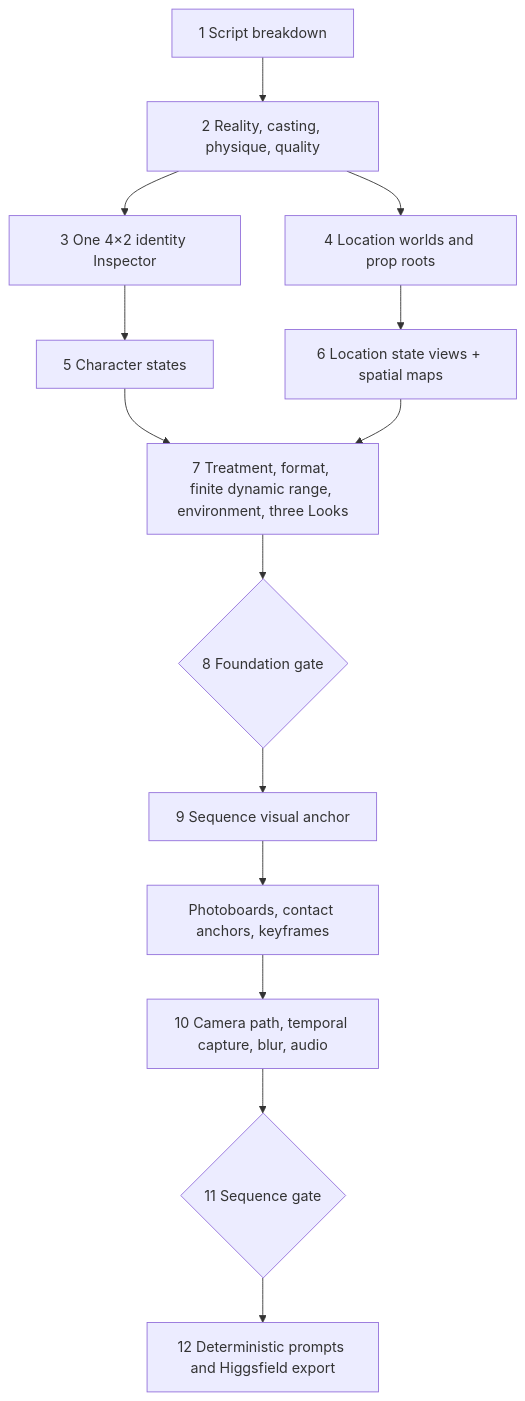
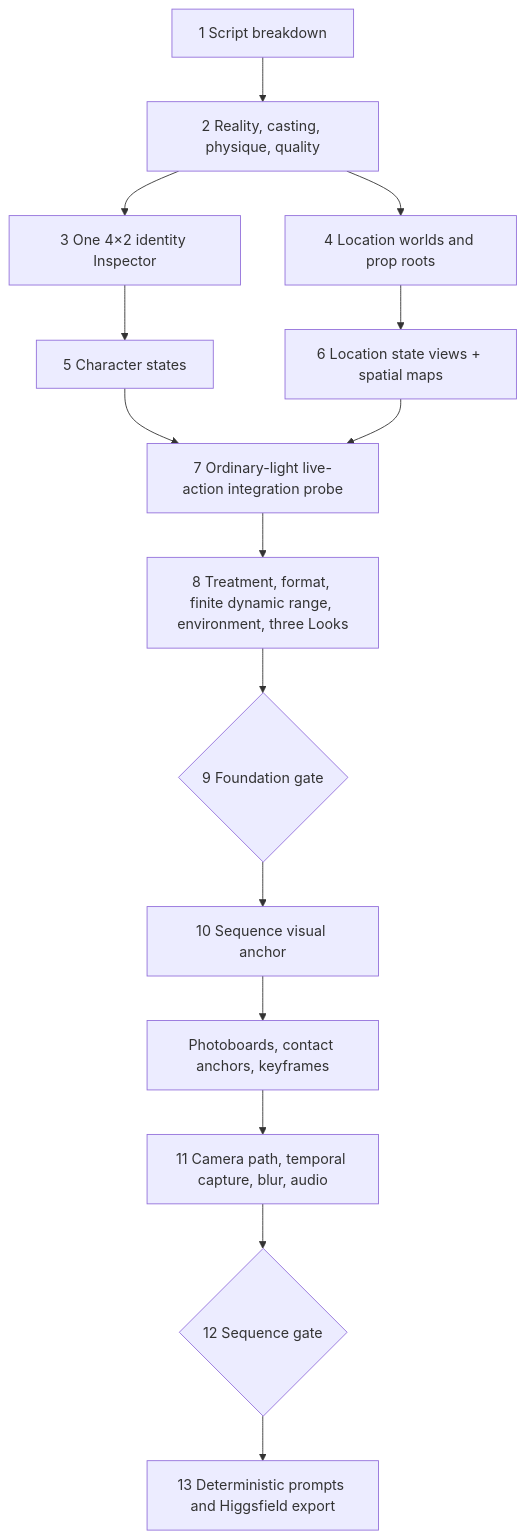
One commit to Hughhhhcoder/cinematic-ai-director changed the diagram in docs/workflow.md. Above: the diagram before and after it, drawn with Mermaid. The commit also changed other lines of this file and 125 other files, not shown here.

Commit message:
feat: add hard live-action integration gate

````diff
--- a/docs/workflow.md
+++ b/docs/workflow.md
@@ -3,16 +3,17 @@
 ```mermaid
 flowchart TD
     A[1 Script breakdown] --> B[2 Reality, casting, physique, quality]
     B --> C[3 One 4×2 identity Inspector]
     B --> D[4 Location worlds and prop roots]
     C --> E[5 Character states]
     D --> F[6 Location state views + spatial maps]
-    E --> G[7 Treatment, format, finite dynamic range, environment, three Looks]
-    F --> G
-    G --> H{8 Foundation gate}
-    H --> I[9 Sequence visual anchor]
+    E --> P[7 Ordinary-light live-action integration probe]
+    F --> P
+    P --> G[8 Treatment, format, finite dynamic range, environment, three Looks]
+    G --> H{9 Foundation gate}
+    H --> I[10 Sequence visual anchor]
     I --> J[Photoboards, contact anchors, keyframes]
-    J --> K[10 Camera path, temporal capture, blur, audio]
-    K --> L{11 Sequence gate}
-    L --> M[12 Deterministic prompts and Higgsfield export]
+    J --> K[11 Camera path, temporal capture, blur, audio]
+    K --> L{12 Sequence gate}
+    L --> M[13 Deterministic prompts and Higgsfield export]
 ```
````
